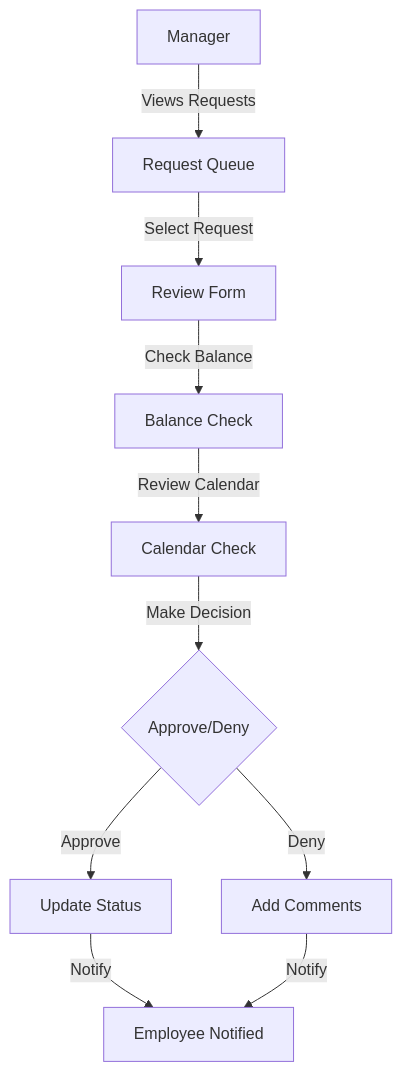
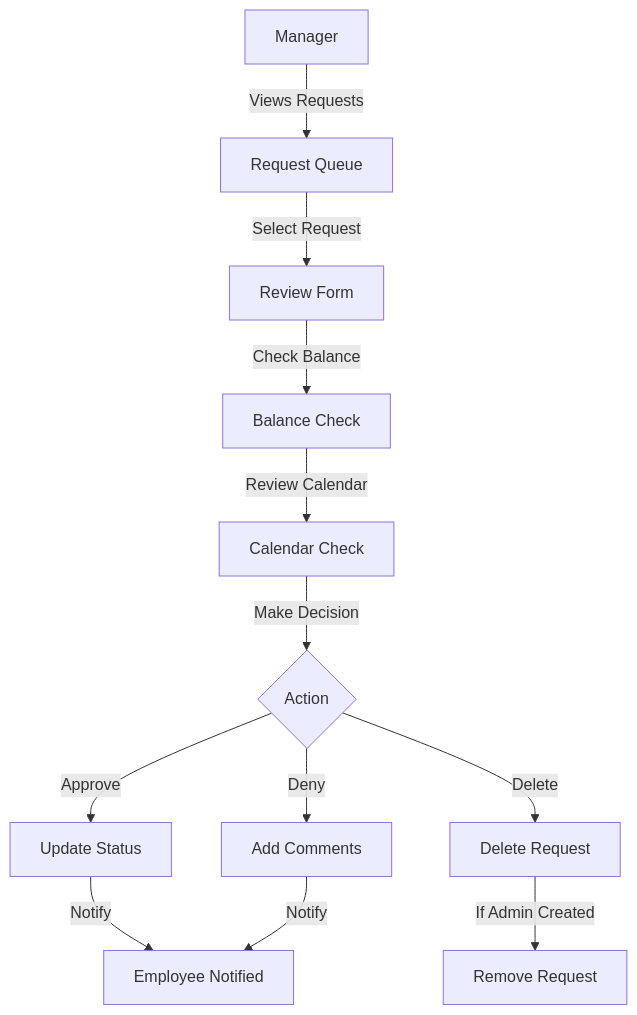
One commit to l2laihub/employee-time-tracking-app changed the third of 5 diagrams in docs/features/pto/pto-feature-overview.md. Above: the diagram before and after it, drawn with Mermaid. The commit also changed other lines of this file and 1 other file, not shown here.

Commit message:
updated pto docs

````diff
--- a/docs/features/pto/pto-feature-overview.md
+++ b/docs/features/pto/pto-feature-overview.md
@@ -87,12 +91,14 @@
 ```mermaid
 flowchart TD
     A[Manager] -->|Views Requests| B[Request Queue]
     B -->|Select Request| C[Review Form]
     C -->|Check Balance| D[Balance Check]
     D -->|Review Calendar| E[Calendar Check]
-    E -->|Make Decision| F{Approve/Deny}
+    E -->|Make Decision| F{Action}
     F -->|Approve| G[Update Status]
     F -->|Deny| H[Add Comments]
-    G -->|Notify| I[Employee Notified]
-    H -->|Notify| I
+    F -->|Delete| I[Delete Request]
+    G -->|Notify| J[Employee Notified]
+    H -->|Notify| J
+    I -->|If Admin Created| K[Remove Request]
 ```
````
